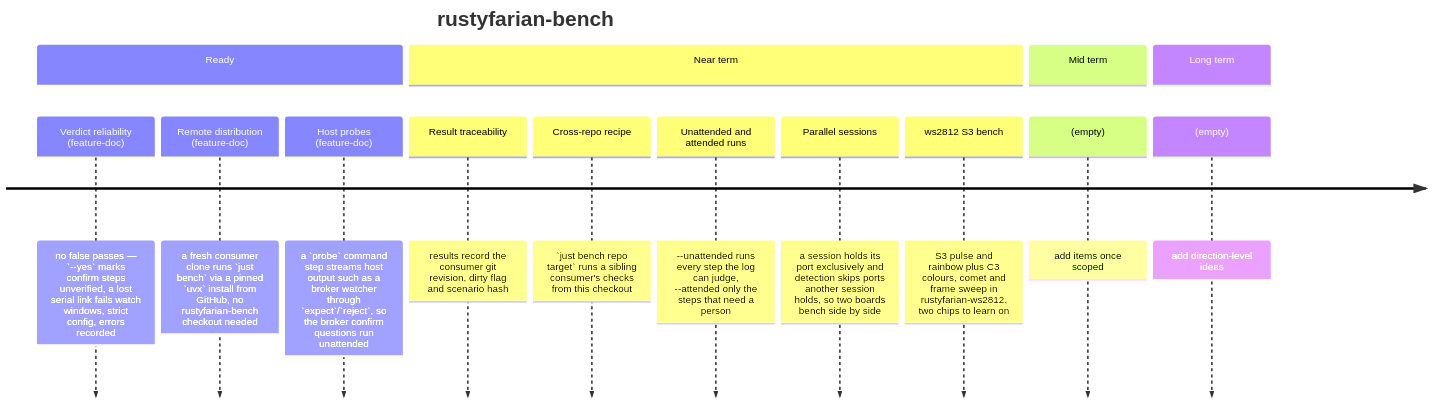
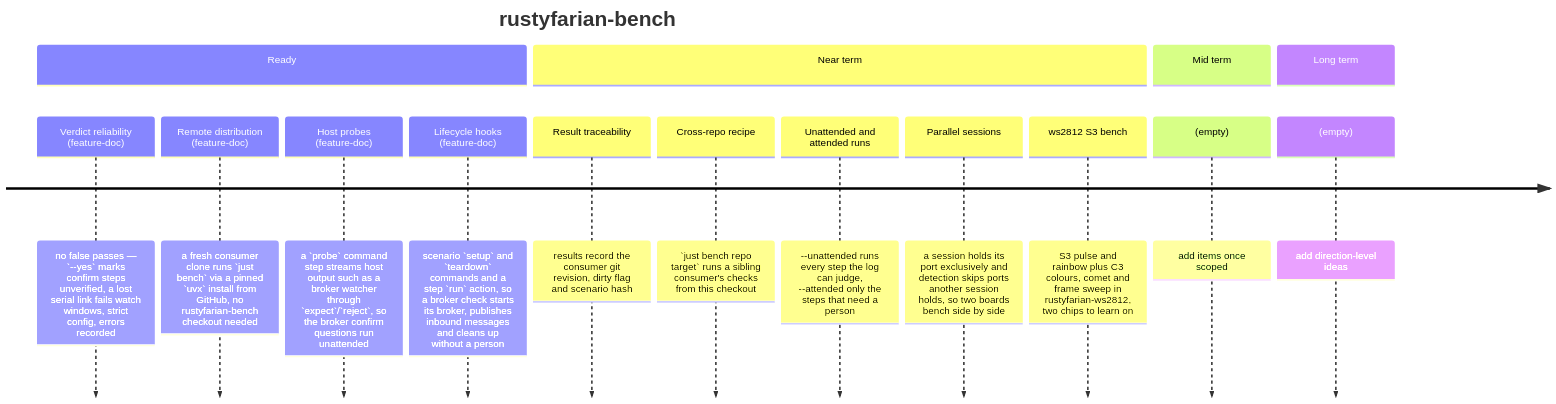
Before and after one commit to datenkollektiv/rustyfarian-bench: the diagram in docs/ROADMAP.md, drawn with Mermaid. The commit also changed 16 other files, not shown here.

Commit message:
Run host commands around an example and inside a step; guard serial during probes

````diff
--- a/docs/ROADMAP.md
+++ b/docs/ROADMAP.md
@@ -8,18 +8,19 @@
 ```mermaid
 timeline
     title rustyfarian-bench
     section Ready
         Verdict reliability (feature-doc) : no false passes — `--yes` marks confirm steps unverified, a lost serial link fails watch windows, strict config, errors recorded
         Remote distribution (feature-doc) : a fresh consumer clone runs `just bench` via a pinned `uvx` install from GitHub, no rustyfarian-bench checkout needed
         Host probes (feature-doc) : a `probe` command step streams host output such as a broker watcher through `expect`/`reject`, so the broker confirm questions run unattended
+        Lifecycle hooks (feature-doc) : scenario `setup` and `teardown` commands and a step `run` action, so a broker check starts its broker, publishes inbound messages and cleans up without a person
     section Near term
         Result traceability : results record the consumer git revision, dirty flag and scenario hash
         Cross-repo recipe : `just bench repo target` runs a sibling consumer's checks from this checkout
         Unattended and attended runs : --unattended runs every step the log can judge, --attended only the steps that need a person
         Parallel sessions : a session holds its port exclusively and detection skips ports another session holds, so two boards bench side by side
         ws2812 S3 bench : S3 pulse and rainbow plus C3 colours, comet and frame sweep in rustyfarian-ws2812, two chips to learn on
     section Mid term
         (empty) : add items once scoped
     section Long term
         (empty) : add direction-level ideas
 ```
````
